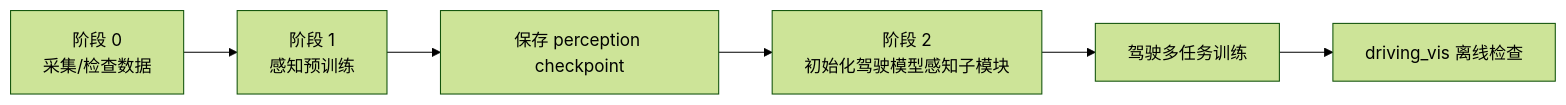
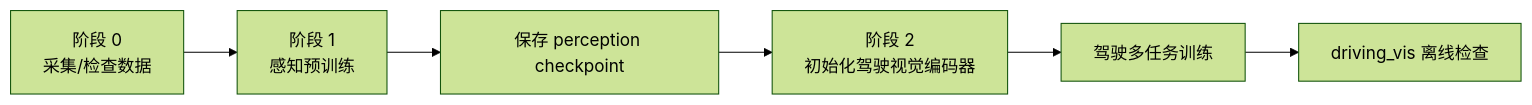
Before and after one commit to ByteDriveTeam/ByteDrive-Toy: the ninth of 9 diagrams in README.md, drawn with Mermaid (forest theme). The commit also changed other lines of this file and 44 other files, not shown here.

````diff
--- a/README.md
+++ b/README.md
@@ -541,8 +567,8 @@
 ```mermaid
 flowchart LR
     A["阶段 0<br/>采集/检查数据"] --> B["阶段 1<br/>感知预训练"]
     B --> C["保存 perception checkpoint"]
-    C --> D["阶段 2<br/>初始化驾驶模型感知子模块"]
+    C --> D["阶段 2<br/>初始化驾驶视觉编码器"]
     D --> E["驾驶多任务训练"]
     E --> F["driving_vis 离线检查"]
 ```
````
